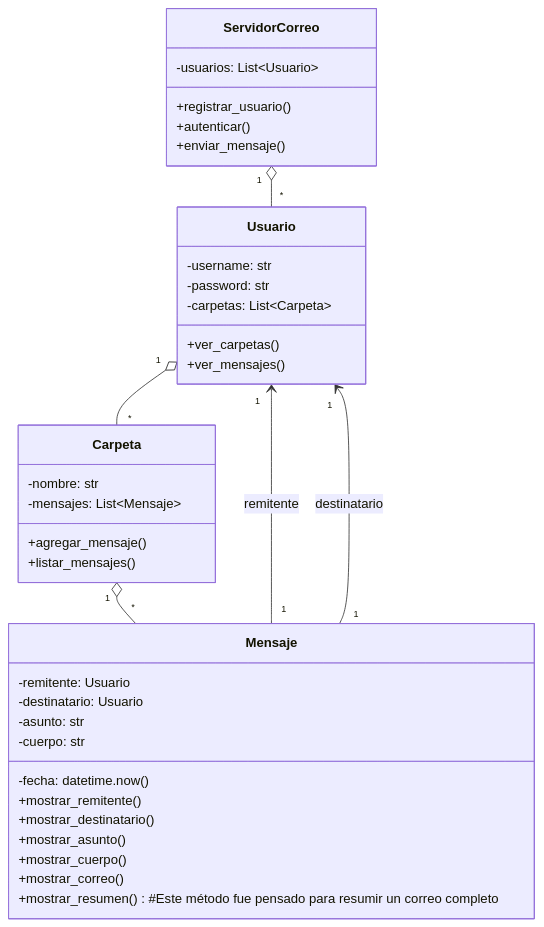
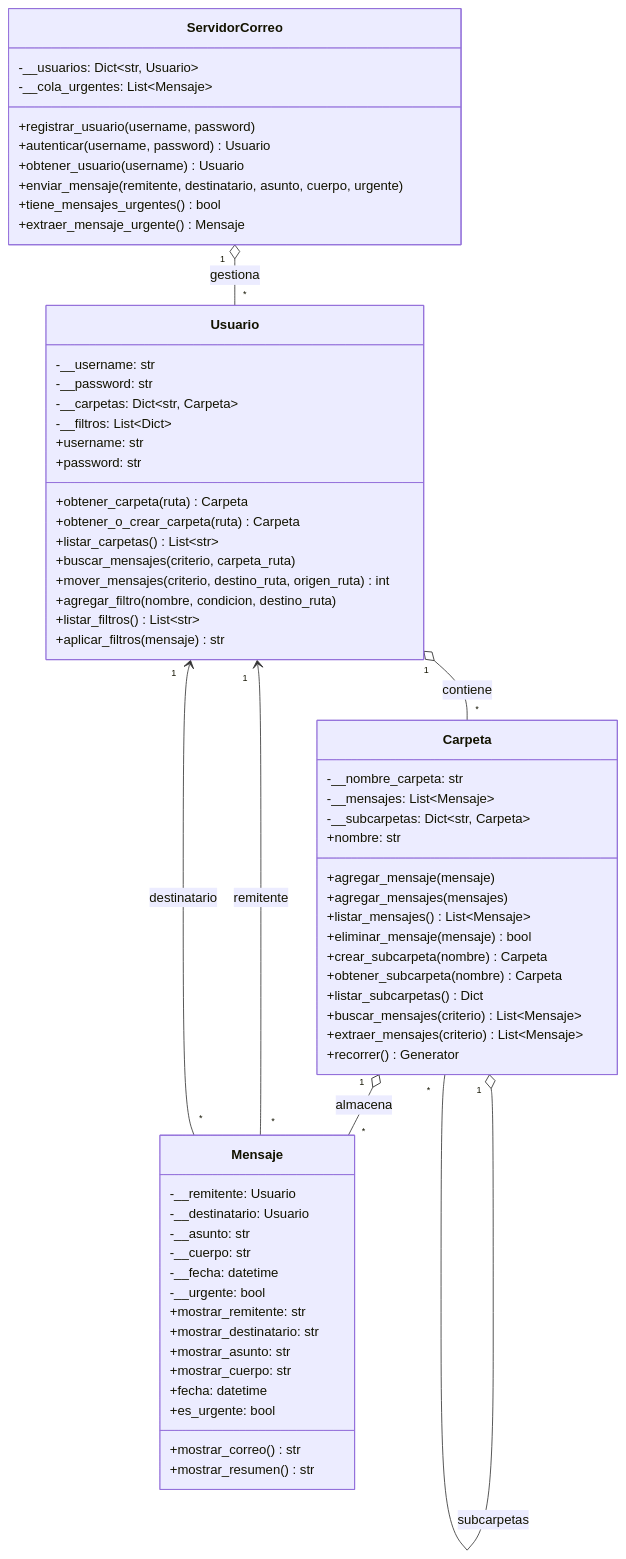
The diagram in readme.md (Python-UNAB/TP-ServicioDeCorreo), drawn with Mermaid before and after one commit. The commit also changed other lines of this file, not shown here.

````diff
--- a/readme.md
+++ b/readme.md
@@ -33,46 +32,73 @@
 ```mermaid
 classDiagram
     direction TB
 
     class ServidorCorreo {
-        -usuarios: List~Usuario~
-        +registrar_usuario()
-        +autenticar()
-        +enviar_mensaje()
+        -__usuarios: Dict~str, Usuario~
+        -__cola_urgentes: List~Mensaje~
+        +registrar_usuario(username, password)
+        +autenticar(username, password) Usuario
+        +obtener_usuario(username) Usuario
+        +enviar_mensaje(remitente, destinatario, asunto, cuerpo, urgente)
+        +tiene_mensajes_urgentes() bool
+        +extraer_mensaje_urgente() Mensaje
     }
 
     class Usuario {
-        -username: str
-        -password: str
-        -carpetas: List~Carpeta~
-        +ver_carpetas()
-        +ver_mensajes()
+        -__username: str
+        -__password: str
+        -__carpetas: Dict~str, Carpeta~
+        -__filtros: List~Dict~
+        +username: str
+        +password: str
+        +obtener_carpeta(ruta) Carpeta
+        +obtener_o_crear_carpeta(ruta) Carpeta
+        +listar_carpetas() List~str~
+        +buscar_mensajes(criterio, carpeta_ruta)
+        +mover_mensajes(criterio, destino_ruta, origen_ruta) int
+        +agregar_filtro(nombre, condicion, destino_ruta)
+        +listar_filtros() List~str~
+        +aplicar_filtros(mensaje) str
     }
 
     class Carpeta {
-        -nombre: str
-        -mensajes: List~Mensaje~
-        +agregar_mensaje()
-        +listar_mensajes()
+        -__nombre_carpeta: str
+        -__mensajes: List~Mensaje~
+        -__subcarpetas: Dict~str, Carpeta~
+        +nombre: str
+        +agregar_mensaje(mensaje)
+        +agregar_mensajes(mensajes)
+        +listar_mensajes() List~Mensaje~
+        +eliminar_mensaje(mensaje) bool
+        +crear_subcarpeta(nombre) Carpeta
+        +obtener_subcarpeta(nombre) Carpeta
+        +listar_subcarpetas() Dict
+        +buscar_mensajes(criterio) List~Mensaje~
+        +extraer_mensajes(criterio) List~Mensaje~
+        +recorrer() Generator
     }
 
     class Mensaje {
-        -remitente: Usuario
-        -destinatario: Usuario
-        -asunto: str
-        -cuerpo: str
-		-fecha: datetime.now()
-        +mostrar_remitente()
-		+mostrar_destinatario()
-		+mostrar_asunto()
-		+mostrar_cuerpo()
-		+mostrar_correo()
-		+mostrar_resumen() #Este método fue pensado para resumir un correo completo
+        -__remitente: Usuario
+        -__destinatario: Usuario
+        -__asunto: str
+        -__cuerpo: str
+        -__fecha: datetime
+        -__urgente: bool
+        +mostrar_remitente: str
+        +mostrar_destinatario: str
+        +mostrar_asunto: str
+        +mostrar_cuerpo: str
+        +fecha: datetime
+        +es_urgente: bool
+        +mostrar_correo() str
+        +mostrar_resumen() str
     }
 
-    ServidorCorreo "1" o-- "*" Usuario
-    Usuario "1" o-- "*" Carpeta
-    Carpeta "1" o-- "*" Mensaje
-    Mensaje "1" --> "1" Usuario : remitente
-    Mensaje "1" --> "1" Usuario : destinatario
+    ServidorCorreo "1" o-- "*" Usuario : gestiona
+    Usuario "1" o-- "*" Carpeta : contiene
+    Carpeta "1" o-- "*" Mensaje : almacena
+    Carpeta "1" o-- "*" Carpeta : subcarpetas
+    Mensaje "*" --> "1" Usuario : remitente
+    Mensaje "*" --> "1" Usuario : destinatario
 ```
````
